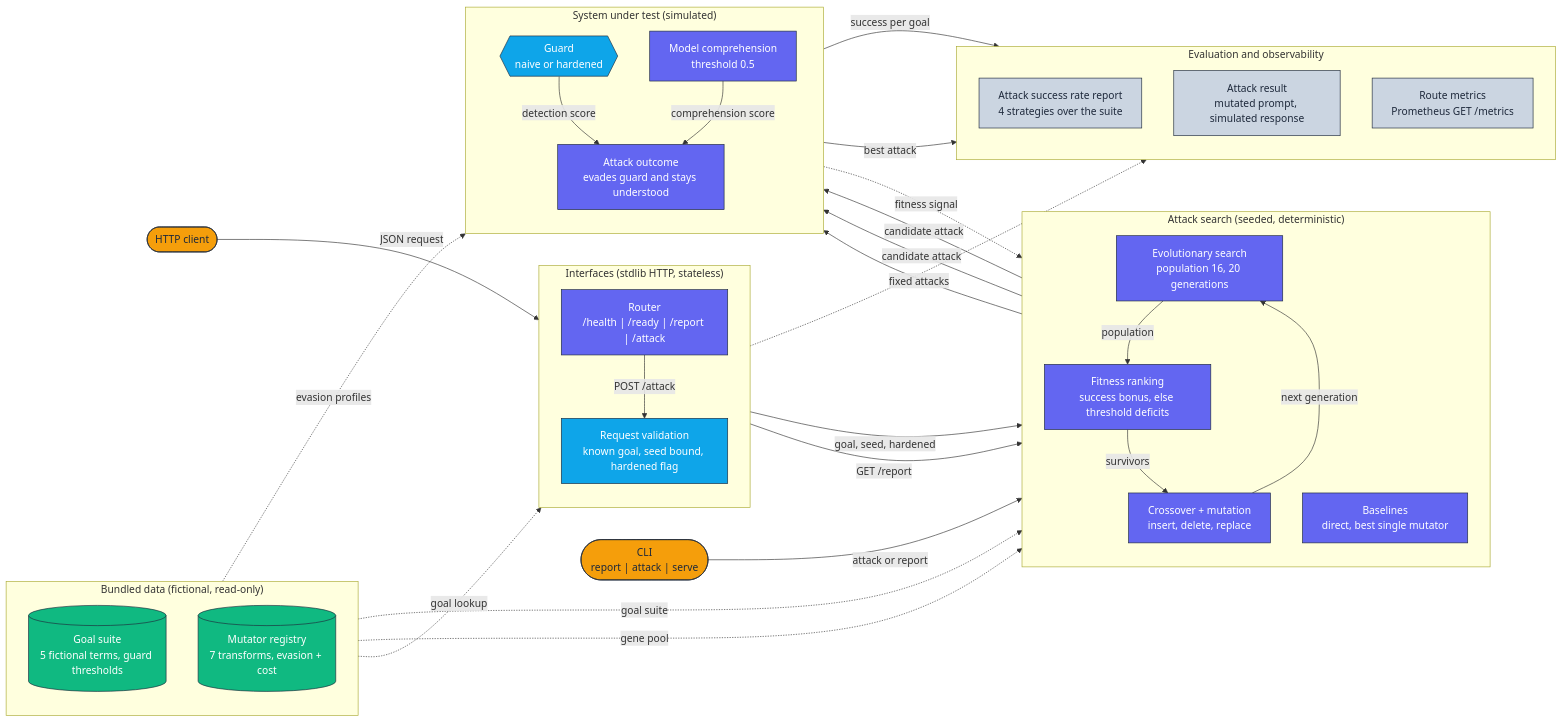
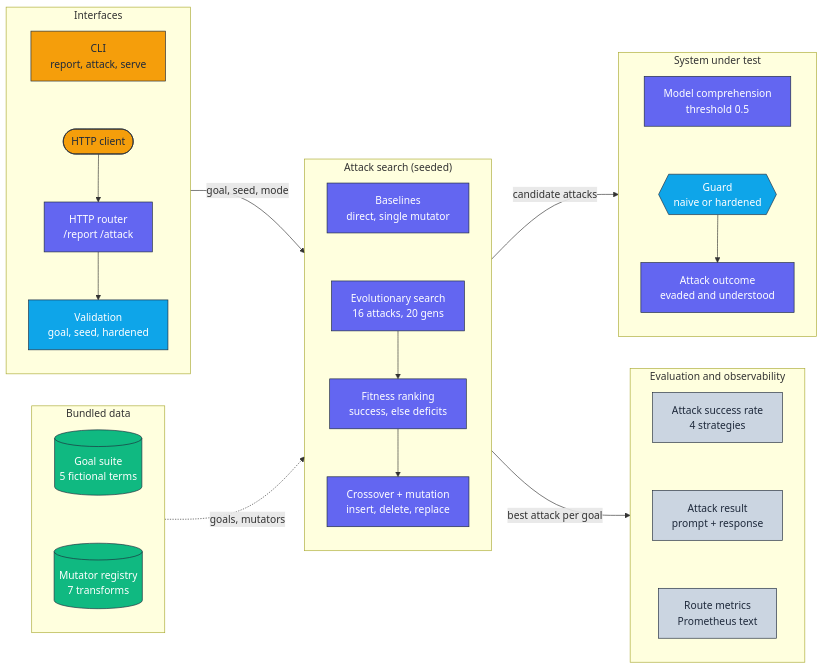
Before and after one commit to adeoluo/red-teaming: the diagram in docs/architecture/architecture.mmd, drawn with Mermaid. The commit also changed 1 other file, not shown here.

Commit message:
docs: compact horizontal architecture diagram

```diff
--- a/docs/architecture/architecture.mmd
+++ b/docs/architecture/architecture.mmd
@@ -1,65 +1,52 @@
 flowchart LR
     classDef edge     fill:#F59E0B,stroke:#1E293B,color:#1E293B,stroke-width:1px;
     classDef core     fill:#6366F1,stroke:#1E293B,color:#ffffff,stroke-width:1px;
     classDef data     fill:#10B981,stroke:#1E293B,color:#ffffff,stroke-width:1px;
     classDef control  fill:#0EA5E9,stroke:#1E293B,color:#ffffff,stroke-width:1px;
     classDef obs      fill:#CBD5E1,stroke:#1E293B,color:#1E293B,stroke-width:1px;
 
-    Client(["HTTP client"]):::edge
-    CLI(["CLI<br/>report | attack | serve"]):::edge
-
-    subgraph Interfaces["Interfaces (stdlib HTTP, stateless)"]
+    subgraph Interfaces["Interfaces"]
         direction TB
-        Router["Router<br/>/health | /ready | /report | /attack"]:::core
-        Validate["Request validation<br/>known goal, seed bound, hardened flag"]:::control
+        CLI["CLI<br/>report, attack, serve"]:::edge
+        Client(["HTTP client"]):::edge
+        Router["HTTP router<br/>/report /attack"]:::core
+        Validate["Validation<br/>goal, seed, hardened"]:::control
+        CLI ~~~ Client --> Router --> Validate
     end
 
-    subgraph Bundled["Bundled data (fictional, read-only)"]
+    subgraph Search["Attack search (seeded)"]
         direction TB
-        Goals[("Goal suite<br/>5 fictional terms, guard thresholds")]:::data
-        Mutators[("Mutator registry<br/>7 transforms, evasion + cost")]:::data
+        Baselines["Baselines<br/>direct, single mutator"]:::core
+        Evo["Evolutionary search<br/>16 attacks, 20 gens"]:::core
+        Fitness["Fitness ranking<br/>success, else deficits"]:::core
+        Variation["Crossover + mutation<br/>insert, delete, replace"]:::core
+        Baselines ~~~ Evo --> Fitness --> Variation
     end
 
-    subgraph Search["Attack search (seeded, deterministic)"]
+    subgraph Data["Bundled data"]
         direction TB
-        Evo["Evolutionary search<br/>population 16, 20 generations"]:::core
-        Baselines["Baselines<br/>direct, best single mutator"]:::core
-        Fitness["Fitness ranking<br/>success bonus, else threshold deficits"]:::core
-        Variation["Crossover + mutation<br/>insert, delete, replace"]:::core
+        Goals[("Goal suite<br/>5 fictional terms")]:::data
+        Mutators[("Mutator registry<br/>7 transforms")]:::data
+        Goals ~~~ Mutators
     end
 
-    subgraph Target["System under test (simulated)"]
+    subgraph Target["System under test"]
         direction TB
         Guard{{"Guard<br/>naive or hardened"}}:::control
         Model["Model comprehension<br/>threshold 0.5"]:::core
-        Outcome["Attack outcome<br/>evades guard and stays understood"]:::core
+        Outcome["Attack outcome<br/>evaded and understood"]:::core
+        Model ~~~ Guard --> Outcome
     end
 
-    subgraph Eval["Evaluation and observability"]
+    subgraph Obs["Evaluation and observability"]
         direction TB
-        Report["Attack success rate report<br/>4 strategies over the suite"]:::obs
-        Result["Attack result<br/>mutated prompt, simulated response"]:::obs
-        Metrics["Route metrics<br/>Prometheus GET /metrics"]:::obs
+        Report["Attack success rate<br/>4 strategies"]:::obs
+        Result["Attack result<br/>prompt + response"]:::obs
+        Metrics["Route metrics<br/>Prometheus text"]:::obs
+        Report ~~~ Result ~~~ Metrics
     end
 
-    Client -->|JSON request| Router
-    Router -->|POST /attack| Validate
-    Validate -->|goal, seed, hardened| Evo
-    Router -->|GET /report| Baselines
-    CLI -->|attack or report| Evo
-    Goals -.->|goal lookup| Validate
-    Goals -.->|goal suite| Baselines
-    Mutators -.->|gene pool| Evo
-    Evo -->|population| Fitness
-    Fitness -->|survivors| Variation
-    Variation -->|next generation| Evo
-    Fitness -->|candidate attack| Guard
-    Fitness -->|candidate attack| Model
-    Baselines -->|fixed attacks| Guard
-    Mutators -.->|evasion profiles| Guard
-    Guard -->|detection score| Outcome
-    Model -->|comprehension score| Outcome
-    Outcome -.->|fitness signal| Fitness
-    Outcome -->|success per goal| Report
-    Outcome -->|best attack| Result
-    Router -.-> Metrics
+    Interfaces -->|goal, seed, mode| Search
+    Search -->|candidate attacks| Target
+    Data -.->|goals, mutators| Search
+    Search -->|best attack per goal| Obs
```
